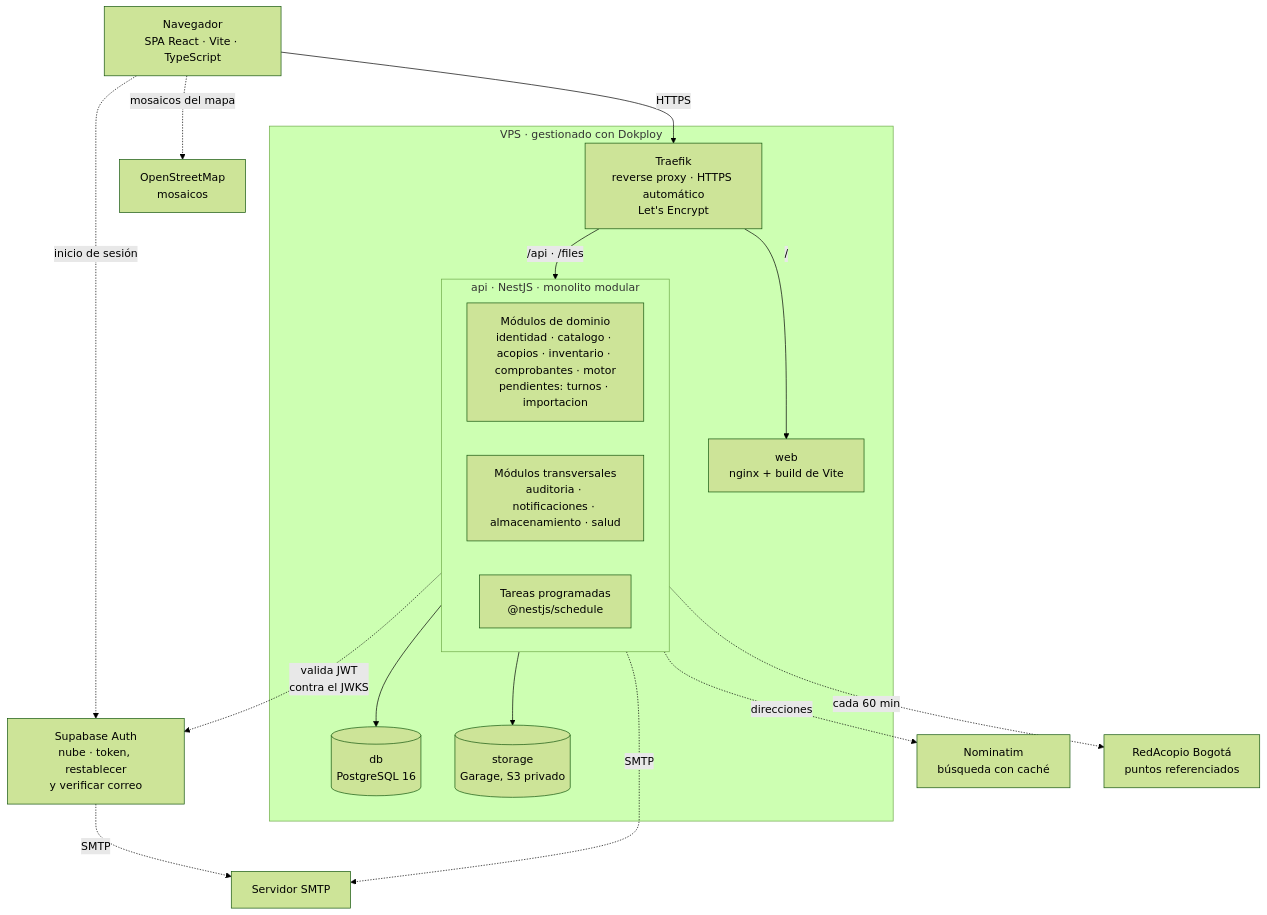
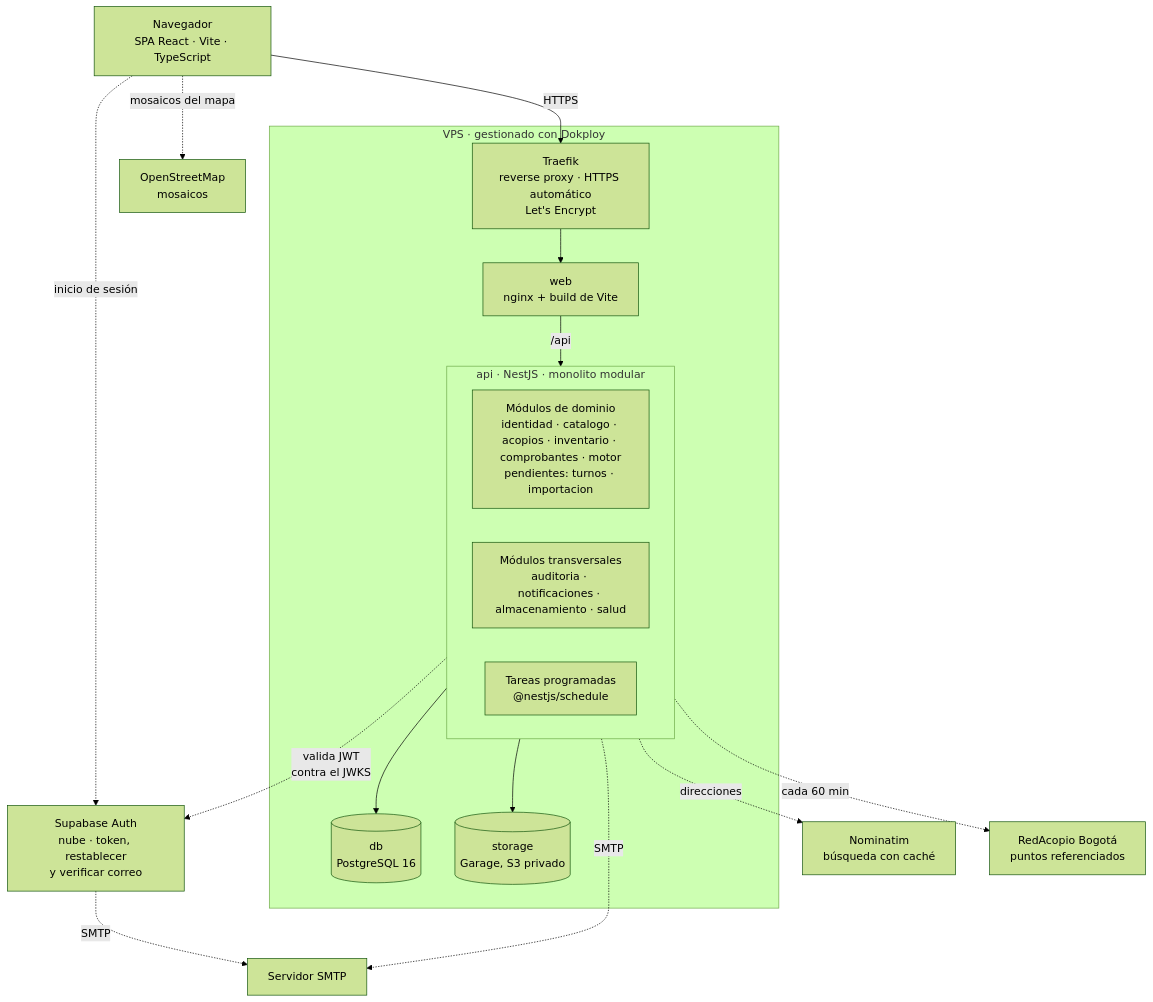
Before and after one commit to Proyecto-IngSoftware/acopio: the second of 2 diagrams in docs/02-arquitectura/vista-general.md, drawn with Mermaid (forest theme). The commit also changed other lines of this file and 6 other files, not shown here.

````diff
--- a/docs/02-arquitectura/vista-general.md
+++ b/docs/02-arquitectura/vista-general.md
@@ -49,31 +49,31 @@
 ```mermaid
 flowchart TB
     Cliente["Navegador<br/>SPA React · Vite · TypeScript"] -->|HTTPS| Traefik
     Cliente -.->|"inicio de sesión"| SupabaseAuth["Supabase Auth<br/>nube · token, restablecer<br/>y verificar correo"]
     Cliente -.->|"mosaicos del mapa"| OSM["OpenStreetMap<br/>mosaicos"]
 
     subgraph VPS["VPS · gestionado con Dokploy"]
         Traefik["Traefik<br/>reverse proxy · HTTPS automático<br/>Let's Encrypt"]
         Web["web<br/>nginx + build de Vite"]
 
         subgraph API["api · NestJS · monolito modular"]
             Dominio["Módulos de dominio<br/>identidad · catalogo · acopios · inventario · comprobantes · motor<br/>pendientes: turnos · importacion"]
             Transversales["Módulos transversales<br/>auditoria · notificaciones · almacenamiento · salud"]
             Tareas["Tareas programadas<br/>@nestjs/schedule"]
         end
 
         DB[("db<br/>PostgreSQL 16")]
         Storage[("storage<br/>Garage, S3 privado")]
 
-        Traefik -->|"/"| Web
-        Traefik -->|"/api · /files"| API
+        Traefik --> Web
+        Web -->|"/api"| API
         API --> DB
         API --> Storage
     end
 
     API -.->|"valida JWT<br/>contra el JWKS"| SupabaseAuth
     API -.->|SMTP| SMTP["Servidor SMTP"]
     SupabaseAuth -.->|SMTP| SMTP
     API -.->|"direcciones"| Nominatim["Nominatim<br/>búsqueda con caché"]
     API -.->|"cada 60 min"| RedAcopio["RedAcopio Bogotá<br/>puntos referenciados"]
 ```
````
